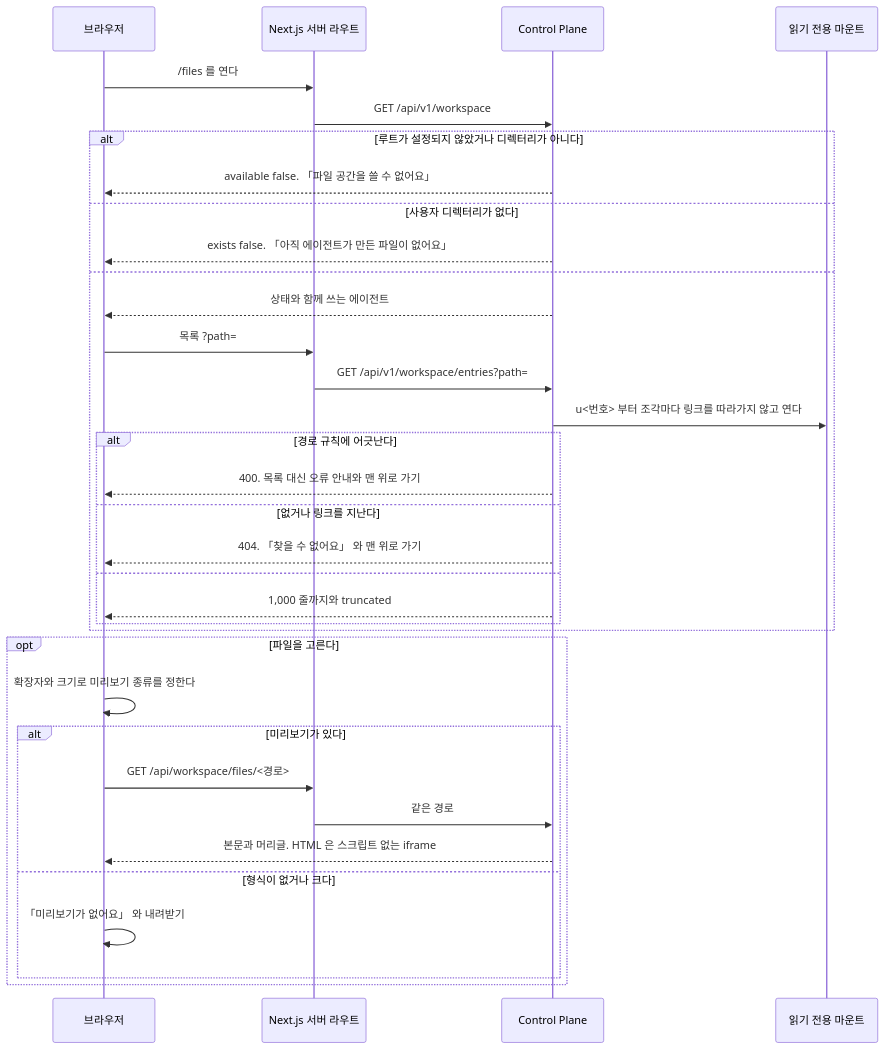
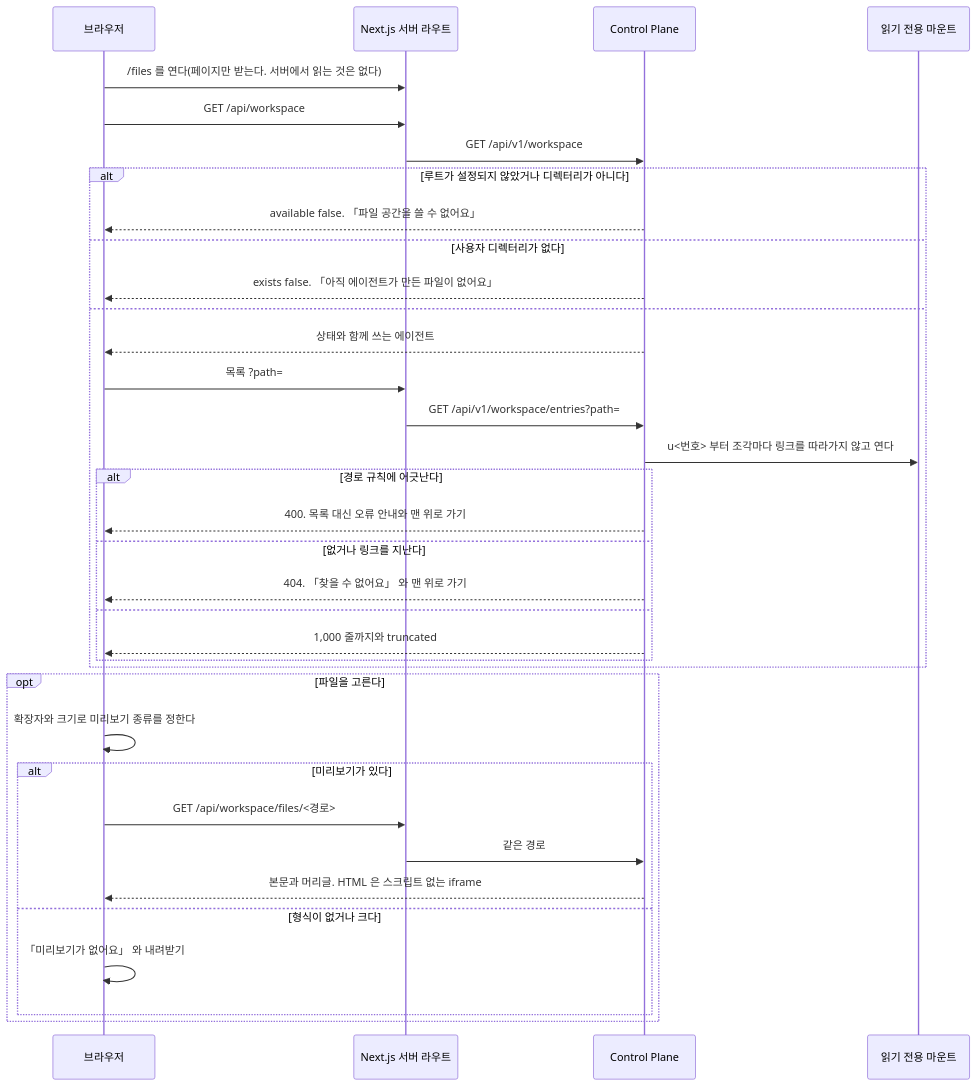
One commit to jon890/fos-assistant changed the tenth of 10 diagrams in docs/flow.md. Above: the diagram before and after it, drawn with Mermaid. The commit also changed other lines of this file and 11 other files, not shown here.

````diff
--- a/docs/flow.md
+++ b/docs/flow.md
@@ -450,37 +450,38 @@
 ```mermaid
 sequenceDiagram
     participant B as 브라우저
     participant W as Next.js 서버 라우트
     participant C as Control Plane
     participant D as 읽기 전용 마운트
 
-    B->>W: /files 를 연다
+    B->>W: /files 를 연다(페이지만 받는다. 서버에서 읽는 것은 없다)
+    B->>W: GET /api/workspace
     W->>C: GET /api/v1/workspace
     alt 루트가 설정되지 않았거나 디렉터리가 아니다
         C-->>B: available false. 「파일 공간을 쓸 수 없어요」
     else 사용자 디렉터리가 없다
         C-->>B: exists false. 「아직 에이전트가 만든 파일이 없어요」
     else
         C-->>B: 상태와 함께 쓰는 에이전트
         B->>W: 목록 ?path=
         W->>C: GET /api/v1/workspace/entries?path=
         C->>D: u<번호> 부터 조각마다 링크를 따라가지 않고 연다
         alt 경로 규칙에 어긋난다
             C-->>B: 400. 목록 대신 오류 안내와 맨 위로 가기
         else 없거나 링크를 지난다
             C-->>B: 404. 「찾을 수 없어요」 와 맨 위로 가기
         else
             C-->>B: 1,000 줄까지와 truncated
         end
     end
     opt 파일을 고른다
         B->>B: 확장자와 크기로 미리보기 종류를 정한다
         alt 미리보기가 있다
             B->>W: GET /api/workspace/files/<경로>
             W->>C: 같은 경로
             C-->>B: 본문과 머리글. HTML 은 스크립트 없는 iframe
         else 형식이 없거나 크다
             B->>B: 「미리보기가 없어요」 와 내려받기
         end
     end
 ```
````
